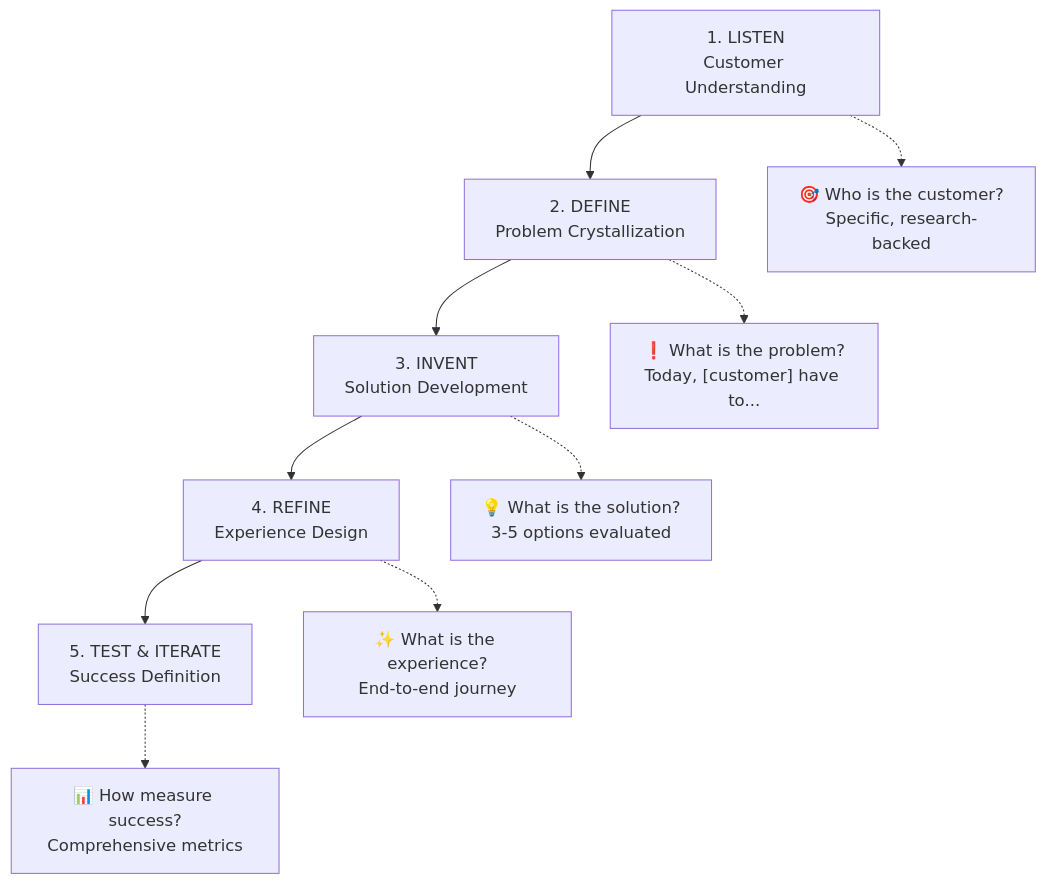
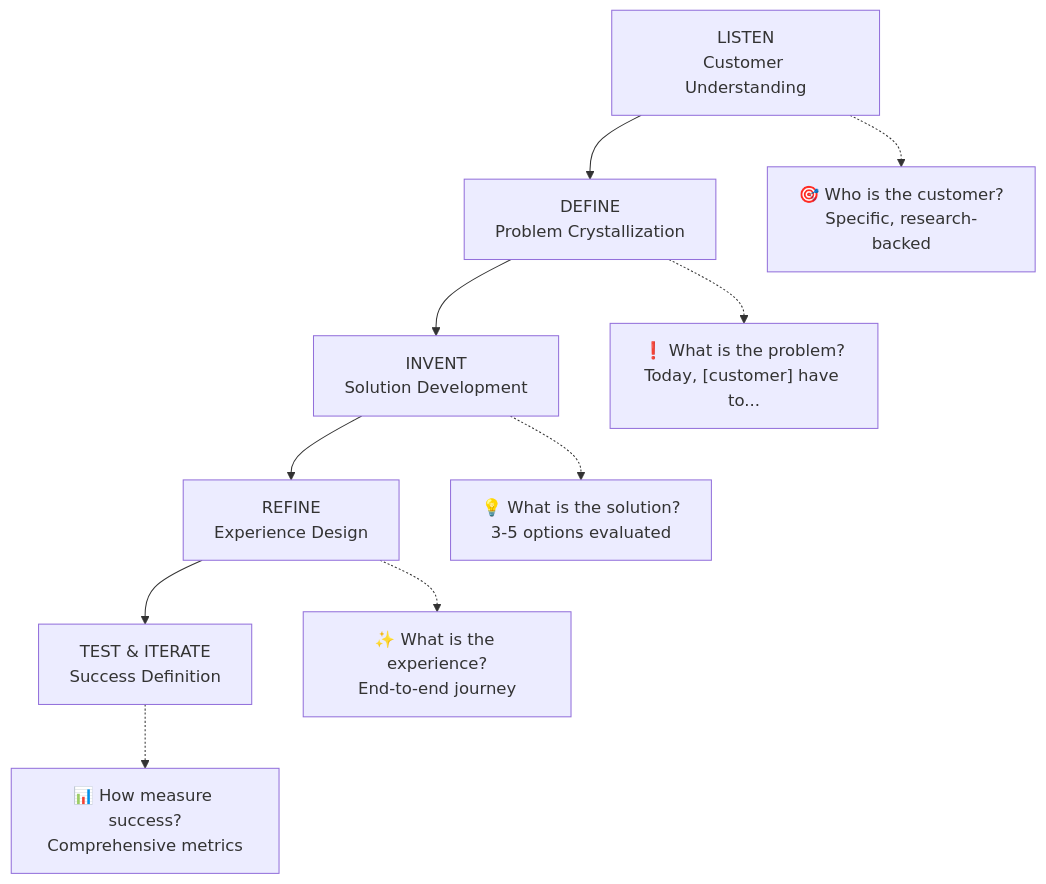
One commit to jcjorel/jesse-ai-best-practices changed the first of 2 diagrams in artifacts/.clinerules/workflows/jesse_amazon_prfaq_coach.md. Above: the diagram before and after it, drawn with Mermaid.

````diff
--- a/artifacts/.clinerules/workflows/jesse_amazon_prfaq_coach.md
+++ b/artifacts/.clinerules/workflows/jesse_amazon_prfaq_coach.md
@@ -140,13 +140,13 @@
 ```mermaid
 graph TB
-    A[1. LISTEN<br/>Customer Understanding] --> B[2. DEFINE<br/>Problem Crystallization]
-    B --> C[3. INVENT<br/>Solution Development]
-    C --> D[4. REFINE<br/>Experience Design]
-    D --> E[5. TEST & ITERATE<br/>Success Definition]
+    A[LISTEN<br/>Customer Understanding] --> B[DEFINE<br/>Problem Crystallization]
+    B --> C[INVENT<br/>Solution Development]
+    C --> D[REFINE<br/>Experience Design]
+    D --> E[TEST & ITERATE<br/>Success Definition]
     
     A -.-> F["🎯 Who is the customer?<br/>Specific, research-backed"]
     B -.-> G["❗ What is the problem?<br/>Today, [customer] have to..."]
     C -.-> H["💡 What is the solution?<br/>3-5 options evaluated"]
     D -.-> I["✨ What is the experience?<br/>End-to-end journey"]
     E -.-> J["📊 How measure success?<br/>Comprehensive metrics"]
 ```
````
